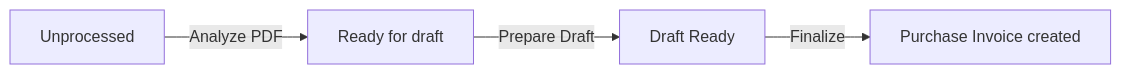
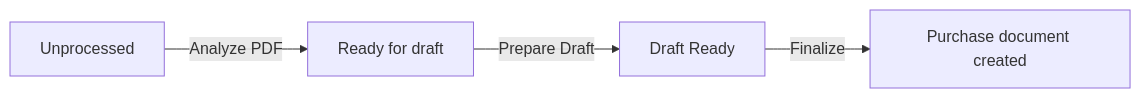
One commit to microsoft/BCApps changed the diagram in src/Apps/W1/PayablesAgent/app/.resources/Prompts/PayablesAgent-AgentInstructions-AgentDriven.md. Above: the diagram before and after it, drawn with Mermaid. The commit also changed other lines of this file and 22 other files, not shown here.

Commit message:
[Payables Agent] Process vendor credit notes as purchase credit memos applied to the original invoice

````diff
--- a/src/Apps/W1/PayablesAgent/app/.resources/Prompts/PayablesAgent-AgentInstructions-AgentDriven.md
+++ b/src/Apps/W1/PayablesAgent/app/.resources/Prompts/PayablesAgent-AgentInstructions-AgentDriven.md
@@ -39,6 +41,6 @@
   ```mermaid
   graph LR
       A[Unprocessed] -->|Analyze PDF| B[Ready for draft]
       B -->|Prepare Draft| C[Draft Ready]
-      C -->|Finalize| D[Purchase Invoice created]
+      C -->|Finalize| D[Purchase document created]
   ```
````
